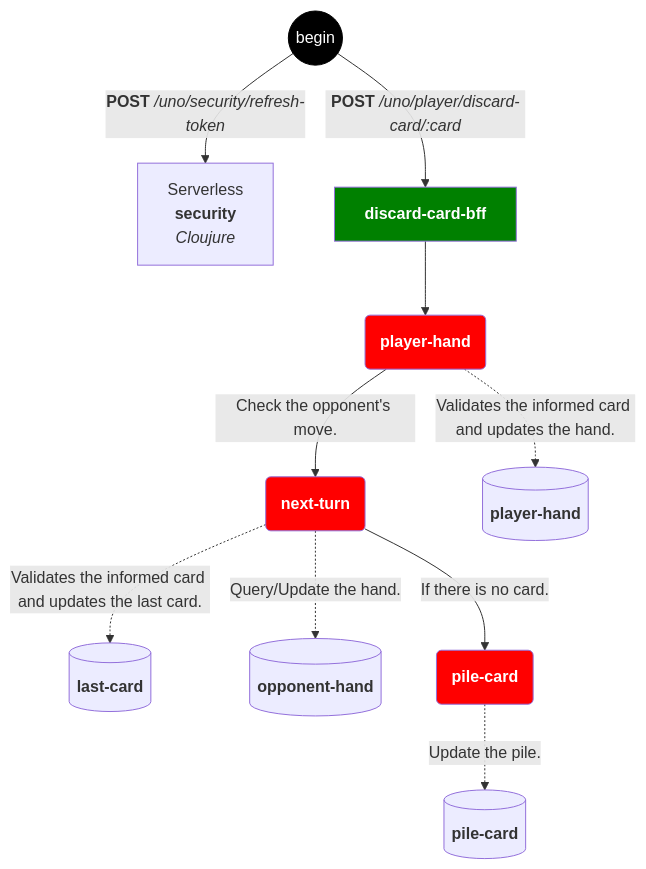
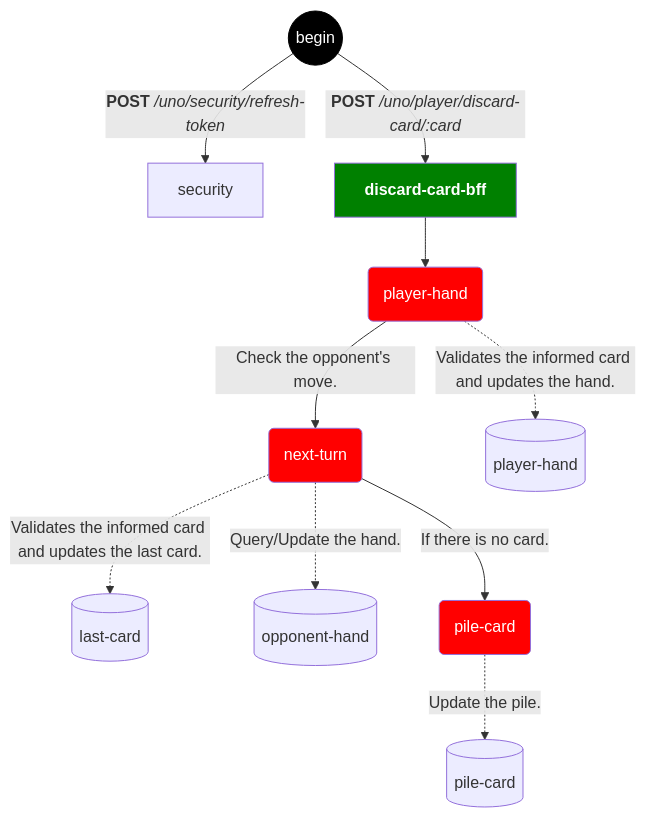
The second of 3 diagrams in README.md (olbiwan/uno), drawn with Mermaid before and after one commit. The commit also changed other lines of this file, not shown here.

````diff
--- a/README.md
+++ b/README.md
@@ -47,18 +45,17 @@
 ```mermaid
 flowchart TD
-    U -->|<b>POST</b> <i>/uno/security/refresh-token</i>| Z[Serverless<br><b>security</b><br><i>Cloujure</i>]
-    U((begin))
+    U((begin)) -->|<b>POST</b> <i>/uno/security/refresh-token</i>| Z[security]
     U -->|<b>POST</b> <i>/uno/player/discard-card/:card</i>| FB[<b>discard-card-bff</b>]
-    FB --> SC(<b>player-hand</b>)
-    SA(<b>next-turn</b>) -.->|Validates the informed card and updates the last card.| HLC[(<b>last-card</b>)]
-    SA -.->|Query/Update the hand.| HOH[(<b>opponent-hand</b>)]
-    SB(<b>pile-card</b>)  -.->|Update the pile.| HPC[(<b>pile-card</b>)]
-    SC -.->|Validates the informed card and updates the hand.| HPH[(<b>player-hand</b>)]
+    FB --> SC(player-hand)
+    SA(next-turn) -.->|Validates the informed card and updates the last card.| HLC[(last-card)]
+    SA -.->|Query/Update the hand.| HOH[(opponent-hand)]
+    SB(pile-card)  -.->|Update the pile.| HPC[(pile-card)]
+    SC -.->|Validates the informed card and updates the hand.| HPH[(player-hand)]
     SA -->|If there is no card.| SB
     SC -->|Check the opponent's move.| SA
     classDef first color:#fff,fill:green;
     classDef second color:#fff,fill:red;
     style U  color:#fff,fill:#000,stroke:#000;
-    class FB,FC,FD first;
+    class FB first;
     class SA,SB,SC second;
 ```
````
